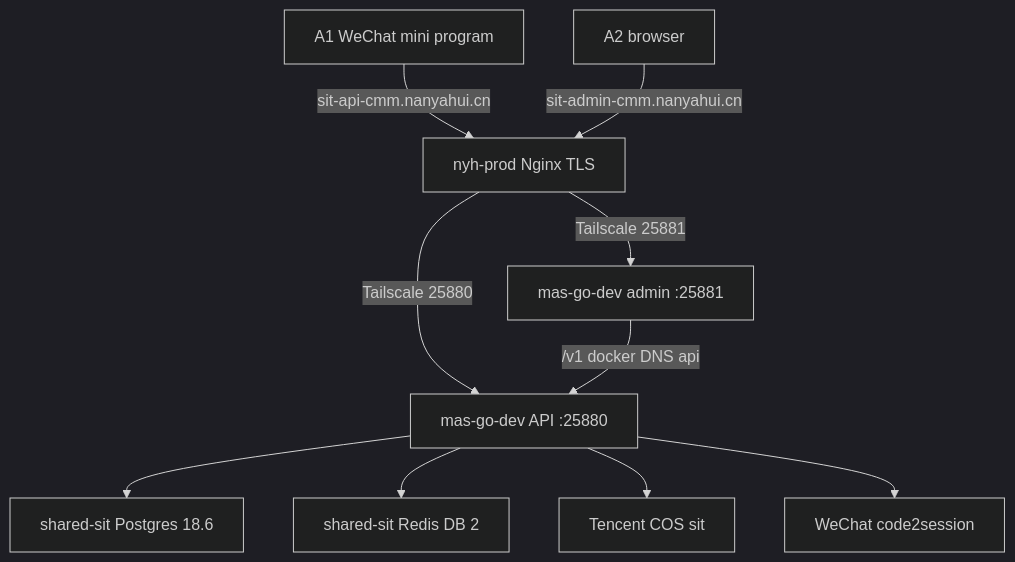
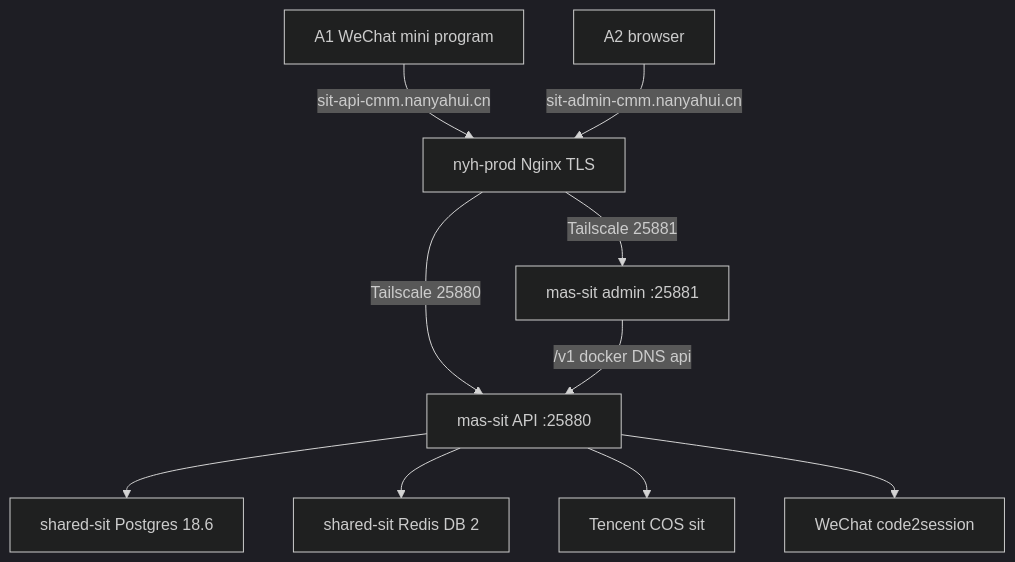
The diagram in docs/plans/2026-09-12-1634-ops-cmm-sit-nyh-mas-plan.md (IAmKongHai/Server-Operations), drawn with Mermaid (dark theme) before and after one commit. The commit also changed other lines of this file and 67 other files, not shown here.

First line of the commit message:
docs: 把 SIT 合部署机的旧名统一改成 mas-sit

````diff
--- a/docs/plans/2026-09-12-1634-ops-cmm-sit-nyh-mas-plan.md
+++ b/docs/plans/2026-09-12-1634-ops-cmm-sit-nyh-mas-plan.md
@@ -153,21 +153,21 @@
 ```mermaid
 flowchart TB
   phone[A1 WeChat mini program]
   staff[A2 browser]
   nyh[nyh-prod Nginx TLS]
-  api[mas-go-dev API :25880]
-  admin[mas-go-dev admin :25881]
+  api[mas-sit API :25880]
+  admin[mas-sit admin :25881]
   pg[shared-sit Postgres 18.6]
   redis[shared-sit Redis DB 2]
   cos[Tencent COS sit]
   wx[WeChat code2session]
   phone -->|sit-api-cmm.nanyahui.cn| nyh
   staff -->|sit-admin-cmm.nanyahui.cn| nyh
   nyh -->|Tailscale 25880| api
   nyh -->|Tailscale 25881| admin
   admin -->|/v1 docker DNS api| api
   api --> pg
   api --> redis
   api --> cos
   api --> wx
 ```
````
